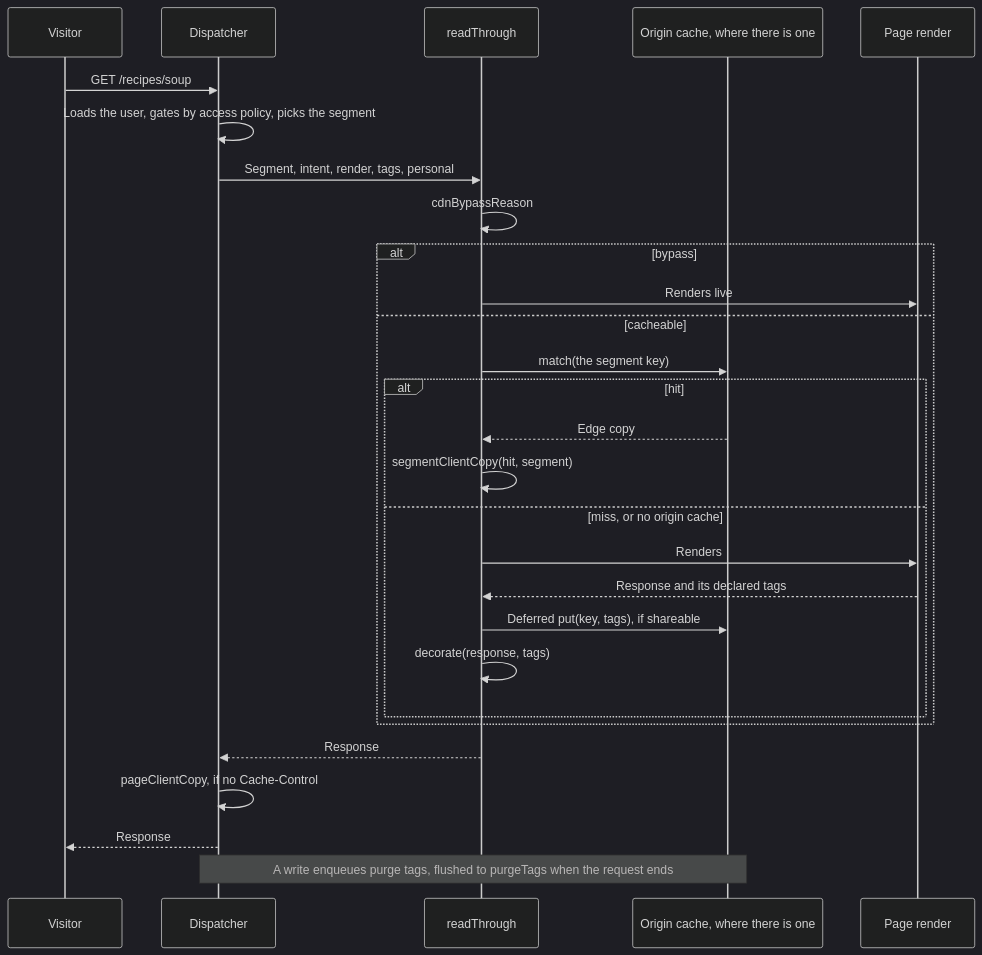
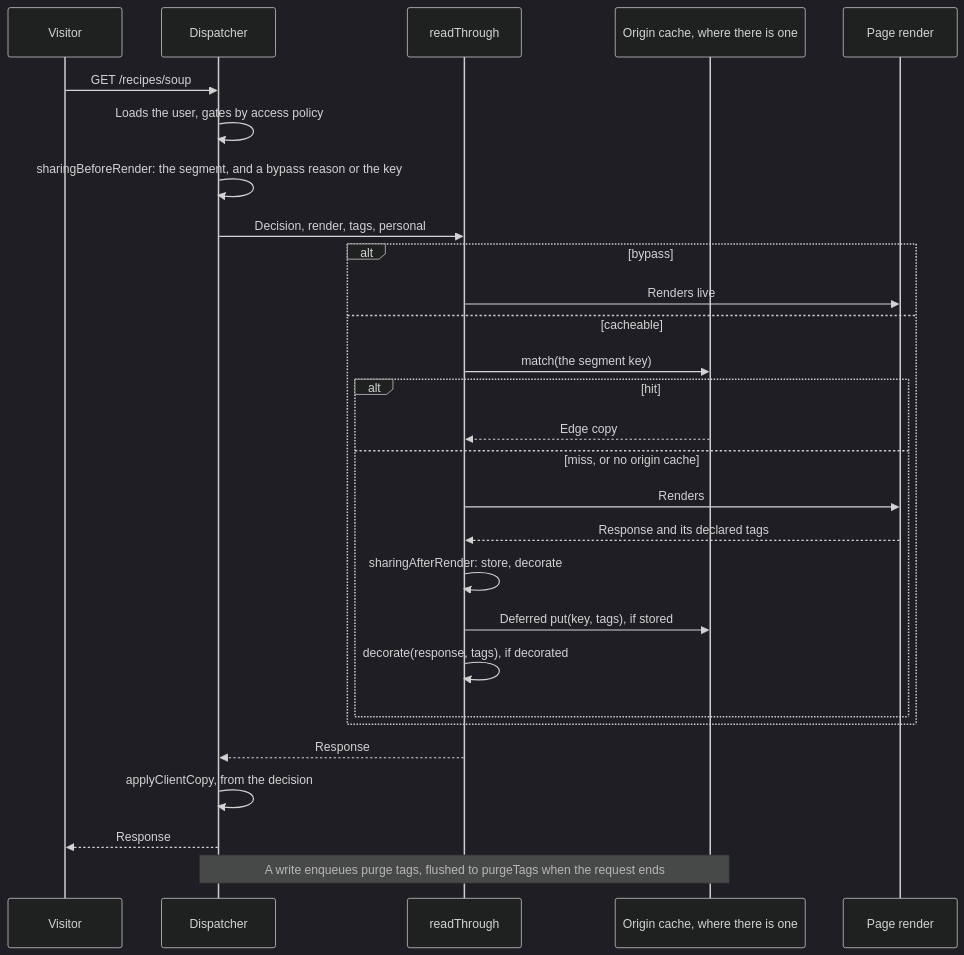
Before and after one commit to withplumix/plumix: the diagram in docs/architecture/cdn-cache.md, drawn with Mermaid (dark theme). The commit also changed other lines of this file and 15 other files, not shown here.

````diff
--- a/docs/architecture/cdn-cache.md
+++ b/docs/architecture/cdn-cache.md
@@ -7,30 +7,30 @@
 ```mermaid
 sequenceDiagram
   participant V as Visitor
   participant D as Dispatcher
   participant R as readThrough
   participant S as Origin cache, where there is one
   participant P as Page render
   V->>D: GET /recipes/soup
-  D->>D: Loads the user, gates by access policy, picks the segment
-  D->>R: Segment, intent, render, tags, personal
-  R->>R: cdnBypassReason
+  D->>D: Loads the user, gates by access policy
+  D->>D: sharingBeforeRender: the segment, and a bypass reason or the key
+  D->>R: Decision, render, tags, personal
   alt bypass
     R->>P: Renders live
   else cacheable
     R->>S: match(the segment key)
     alt hit
       S-->>R: Edge copy
-      R->>R: segmentClientCopy(hit, segment)
     else miss, or no origin cache
       R->>P: Renders
       P-->>R: Response and its declared tags
-      R->>S: Deferred put(key, tags), if shareable
-      R->>R: decorate(response, tags)
+      R->>R: sharingAfterRender: store, decorate
+      R->>S: Deferred put(key, tags), if stored
+      R->>R: decorate(response, tags), if decorated
     end
   end
   R-->>D: Response
-  D->>D: pageClientCopy, if no Cache-Control
+  D->>D: applyClientCopy, from the decision
   D-->>V: Response
   Note over D,S: A write enqueues purge tags, flushed to purgeTags when the request ends
 ```
````
